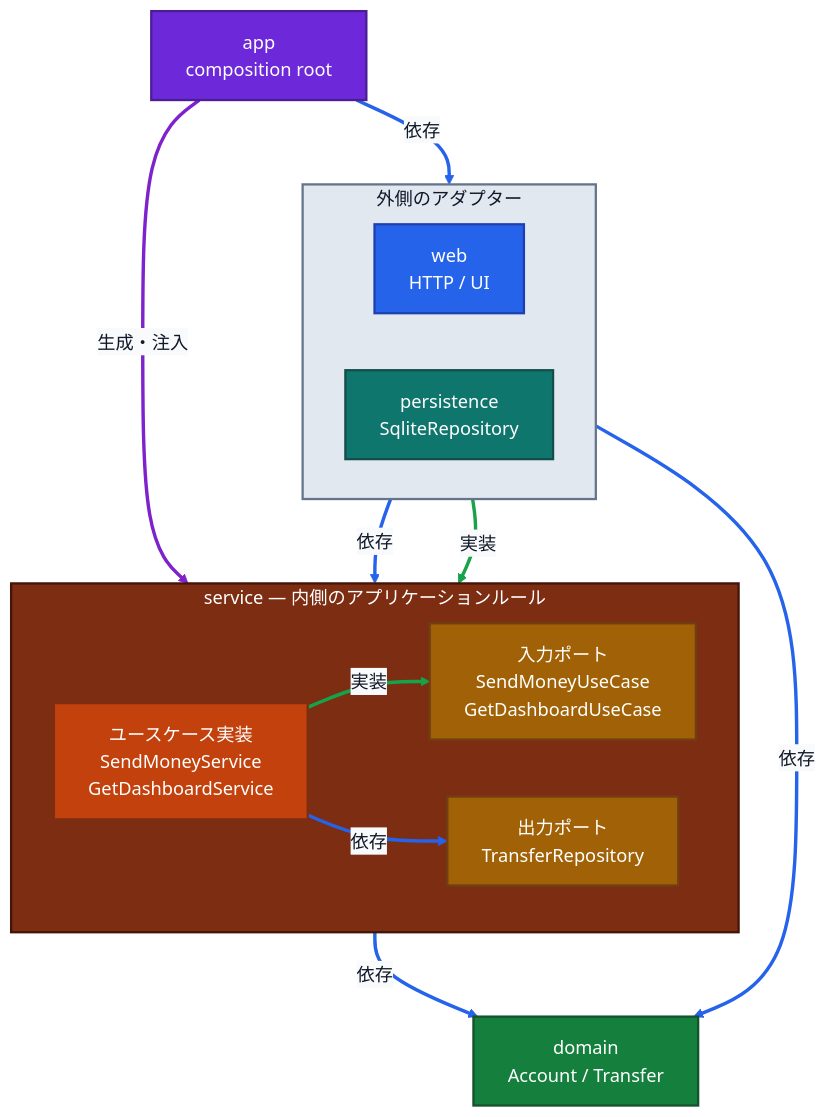
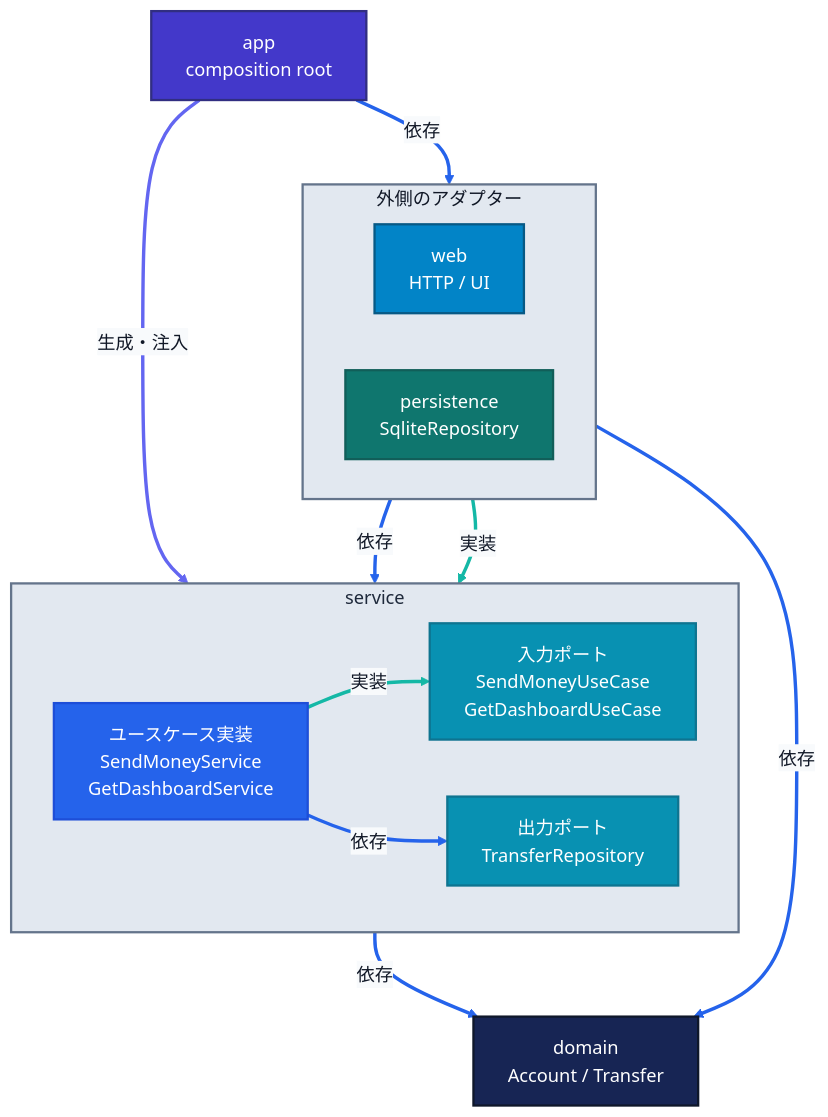
The first of 2 diagrams in docs/ARCHITECTURE.md (gonzily1269/buckpal-rust), drawn with Mermaid before and after one commit. The commit also changed other lines of this file, not shown here.

Commit message:
refactor: アーキテクチャ図のスタイルと表現を改善

````diff
--- a/docs/ARCHITECTURE.md
+++ b/docs/ARCHITECTURE.md
@@ -5,45 +5,44 @@
 ```mermaid
 %%{init: {"theme": "base", "themeVariables": {"background": "#f8fafc", "mainBkg": "#f8fafc", "primaryColor": "#f8fafc", "primaryTextColor": "#111827", "primaryBorderColor": "#334155", "lineColor": "#94a3b8", "textColor": "#111827", "edgeLabelBackground": "#f8fafc", "fontFamily": "sans-serif"}}}%%
 flowchart TB
     app["app<br/>composition root"]
     subgraph adapters["外側のアダプター"]
         direction LR
         web["web<br/>HTTP / UI"]
         persistence["persistence<br/>SqliteRepository"]
     end
-    subgraph service["service — 内側のアプリケーションルール"]
+    subgraph service["service"]
         direction LR
         inputPort["入力ポート<br/>SendMoneyUseCase<br/>GetDashboardUseCase"]
         usecase["ユースケース実装<br/>SendMoneyService<br/>GetDashboardService"]
         outputPort["出力ポート<br/>TransferRepository"]
     end
     domain["domain<br/>Account / Transfer"]
 
     app -->|"依存"| adapters
     app -->|"生成・注入"| usecase
     web -->|"依存"| inputPort
     usecase -->|"実装"| inputPort
     usecase -->|"依存"| outputPort
     persistence -->|"実装"| outputPort
     usecase -->|"依存"| domain
     persistence -->|"依存"| domain
 
-    classDef external fill:#475569,stroke:#1e293b,stroke-width:2px,color:#ffffff
-    classDef composition fill:#6d28d9,stroke:#4c1d95,stroke-width:2px,color:#ffffff
-    classDef inputAdapter fill:#2563eb,stroke:#1e40af,stroke-width:2px,color:#ffffff
-    classDef outputAdapter fill:#0f766e,stroke:#134e4a,stroke-width:2px,color:#ffffff
-    classDef applicationService fill:#c2410c,stroke:#7c2d12,stroke-width:2px,color:#ffffff
-    classDef port fill:#a16207,stroke:#713f12,stroke-width:2px,color:#ffffff
-    classDef domainLayer fill:#15803d,stroke:#14532d,stroke-width:2px,color:#ffffff
+    classDef composition fill:#4338ca,stroke:#312e81,stroke-width:2px,color:#ffffff
+    classDef inputAdapter fill:#0284c7,stroke:#075985,stroke-width:2px,color:#ffffff
+    classDef outputAdapter fill:#0f766e,stroke:#115e59,stroke-width:2px,color:#ffffff
+    classDef applicationService fill:#2563eb,stroke:#1d4ed8,stroke-width:2px,color:#ffffff
+    classDef port fill:#0891b2,stroke:#0e7490,stroke-width:2px,color:#ffffff
+    classDef domainLayer fill:#172554,stroke:#0f172a,stroke-width:2px,color:#ffffff
     class app composition
     class web inputAdapter
     class persistence outputAdapter
     class usecase applicationService
     class inputPort,outputPort port
     class domain domainLayer
     style adapters fill:#e2e8f0,stroke:#64748b,stroke-width:2px,color:#111827
-    style service fill:#7c2d12,stroke:#431407,stroke-width:2px,color:#ffffff
+    style service fill:#e2e8f0,stroke:#64748b,stroke-width:2px,color:#1e293b
     linkStyle 0,2,4,6,7 stroke:#2563eb,stroke-width:3px
-    linkStyle 1 stroke:#7e22ce,stroke-width:3px
-    linkStyle 3,5 stroke:#16a34a,stroke-width:3px
+    linkStyle 1 stroke:#6366f1,stroke-width:3px
+    linkStyle 3,5 stroke:#14b8a6,stroke-width:3px
 ```
````
